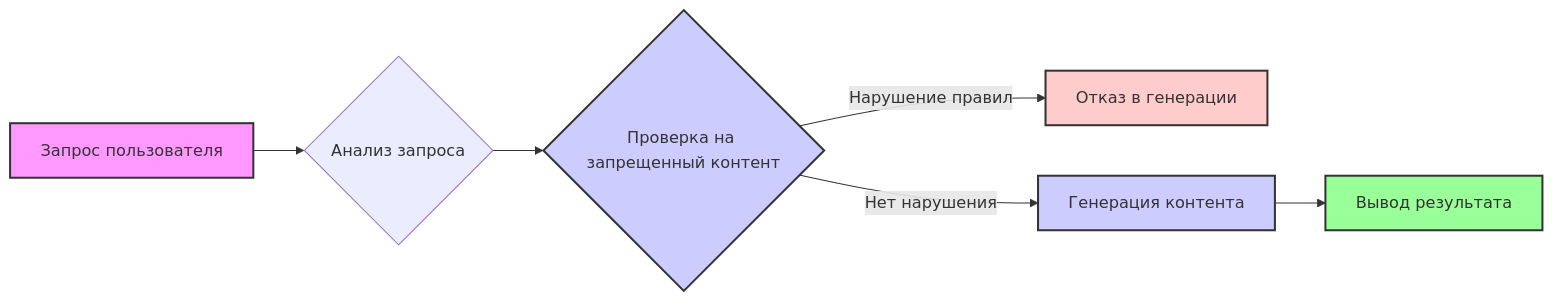
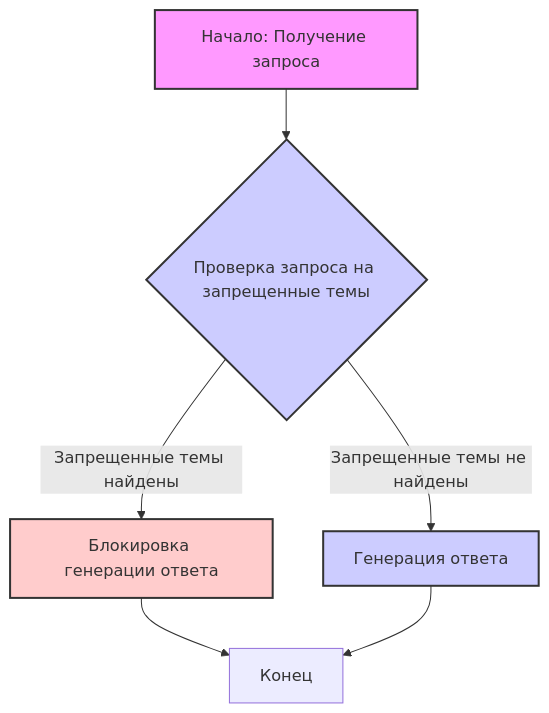
One commit to hypo69/hypo changed the diagram in docs/gemini/ru/explainer/src/ai/tiny_troupe/TinyTroupe/tinytroupe/prompts/rai_harmful_content_prevention.md.md. Above: the diagram before and after it, drawn with Mermaid. The commit also changed other lines of this file and 6031 other files, not shown here.

````diff
--- a/docs/gemini/ru/explainer/src/ai/tiny_troupe/TinyTroupe/tinytroupe/prompts/rai_harmful_content_prevention.md.md
+++ b/docs/gemini/ru/explainer/src/ai/tiny_troupe/TinyTroupe/tinytroupe/prompts/rai_harmful_content_prevention.md.md
@@ -30,16 +20,14 @@
 ```mermaid
-graph LR
-    A[Запрос пользователя] --> B{Анализ запроса};
-    B --> C{Проверка на запрещенный контент};
-    C -- Нарушение правил --> D[Отказ в генерации];
-    C -- Нет нарушения --> E[Генерация контента];
-    E --> F[Вывод результата];
-
+flowchart TD
+    A[Начало: Получение запроса] --> B{Проверка запроса на запрещенные темы};
+    B -- "Запрещенные темы найдены" --> C[Блокировка генерации ответа];
+    B -- "Запрещенные темы не найдены" --> D[Генерация ответа];
+    C --> E[Конец];
+     D --> E
+    
     style A fill:#f9f,stroke:#333,stroke-width:2px
-    style D fill:#fcc,stroke:#333,stroke-width:2px
-    style E fill:#ccf,stroke:#333,stroke-width:2px
-    style F fill:#9f9,stroke:#333,stroke-width:2px
-
-    classDef decision fill:#ccf,stroke:#333,stroke-width:2px
-    class C decision
+     style C fill:#fcc,stroke:#333,stroke-width:2px
+    style B fill:#ccf,stroke:#333,stroke-width:2px
+    style D fill:#ccf,stroke:#333,stroke-width:2px
+   
 ```
````
